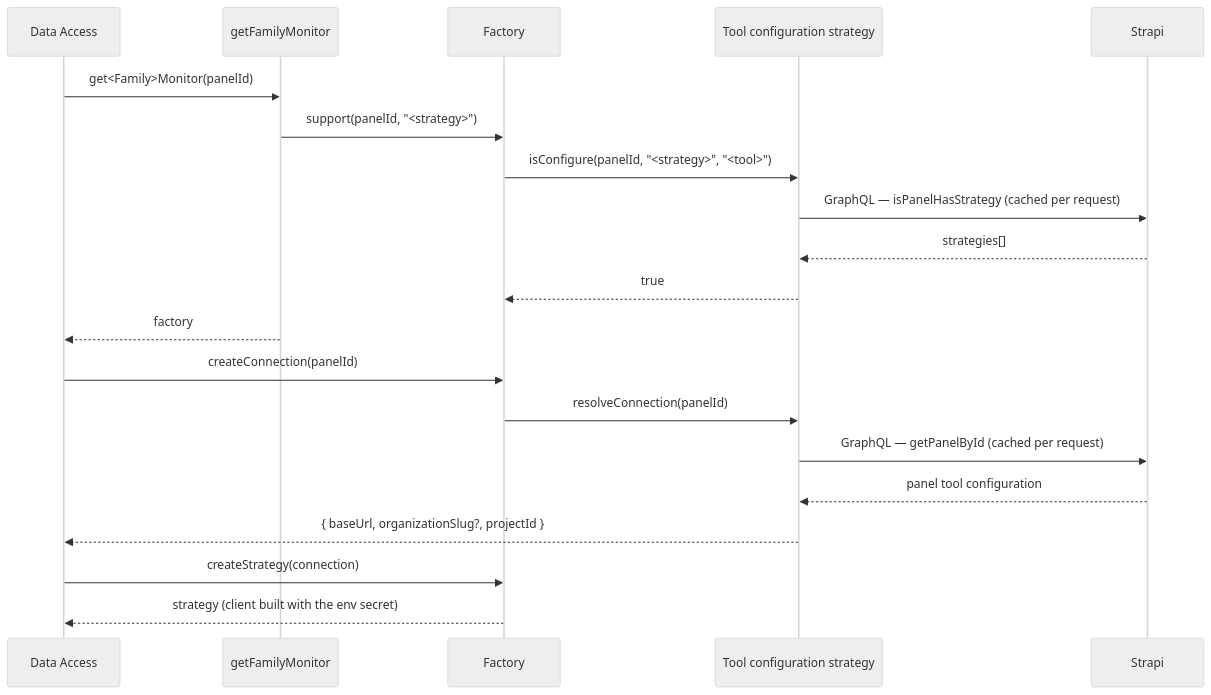
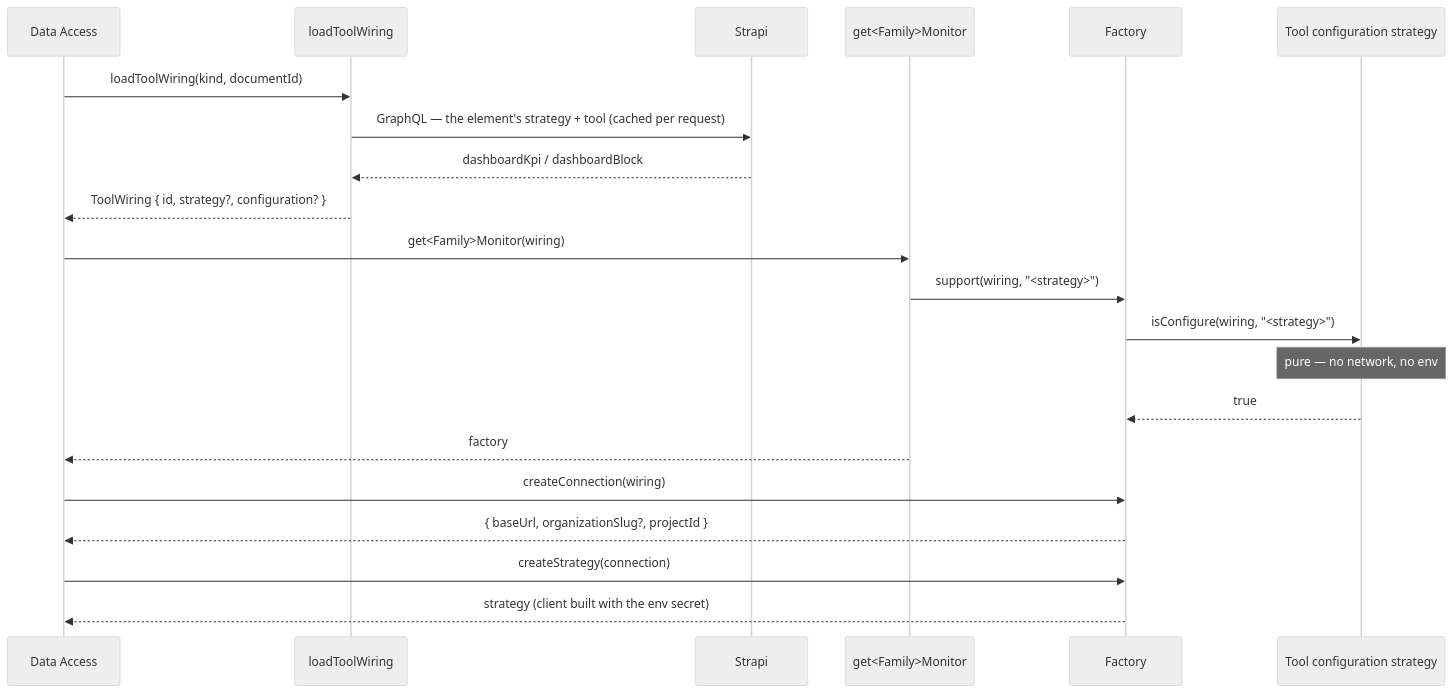
One commit to webteamuxco/dashboard-monitor changed the third of 11 diagrams in apps/docs-site/docs/data-flow.md. Above: the diagram before and after it, drawn with Mermaid (neutral theme). The commit also changed other lines of this file and 10 other files, not shown here.

````diff
--- a/apps/docs-site/docs/data-flow.md
+++ b/apps/docs-site/docs/data-flow.md
@@ -64,25 +66,27 @@
 ```mermaid
 sequenceDiagram
     participant DA as Data Access
-    participant Get as getFamilyMonitor
+    participant Load as loadToolWiring
+    participant Strapi
+    participant Get as get<Family>Monitor
     participant Factory
     participant Cfg as Tool configuration strategy
-    participant Strapi
 
-    DA->>Get: get<Family>Monitor(panelId)
-    Get->>Factory: support(panelId, "<strategy>")
-    Factory->>Cfg: isConfigure(panelId, "<strategy>", "<tool>")
-    Cfg->>Strapi: GraphQL — isPanelHasStrategy (cached per request)
-    Strapi-->>Cfg: strategies[]
+    DA->>Load: loadToolWiring(kind, documentId)
+    Load->>Strapi: GraphQL — the element's strategy + tool (cached per request)
+    Strapi-->>Load: dashboardKpi / dashboardBlock
+    Load-->>DA: ToolWiring { id, strategy?, configuration? }
+
+    DA->>Get: get<Family>Monitor(wiring)
+    Get->>Factory: support(wiring, "<strategy>")
+    Factory->>Cfg: isConfigure(wiring, "<strategy>")
+    Note over Cfg: pure — no network, no env
     Cfg-->>Factory: true
     Get-->>DA: factory
 
-    DA->>Factory: createConnection(panelId)
-    Factory->>Cfg: resolveConnection(panelId)
-    Cfg->>Strapi: GraphQL — getPanelById (cached per request)
-    Strapi-->>Cfg: panel tool configuration
-    Cfg-->>DA: { baseUrl, organizationSlug?, projectId }
+    DA->>Factory: createConnection(wiring)
+    Factory-->>DA: { baseUrl, organizationSlug?, projectId }
 
     DA->>Factory: createStrategy(connection)
     Factory-->>DA: strategy (client built with the env secret)
 ```
````
